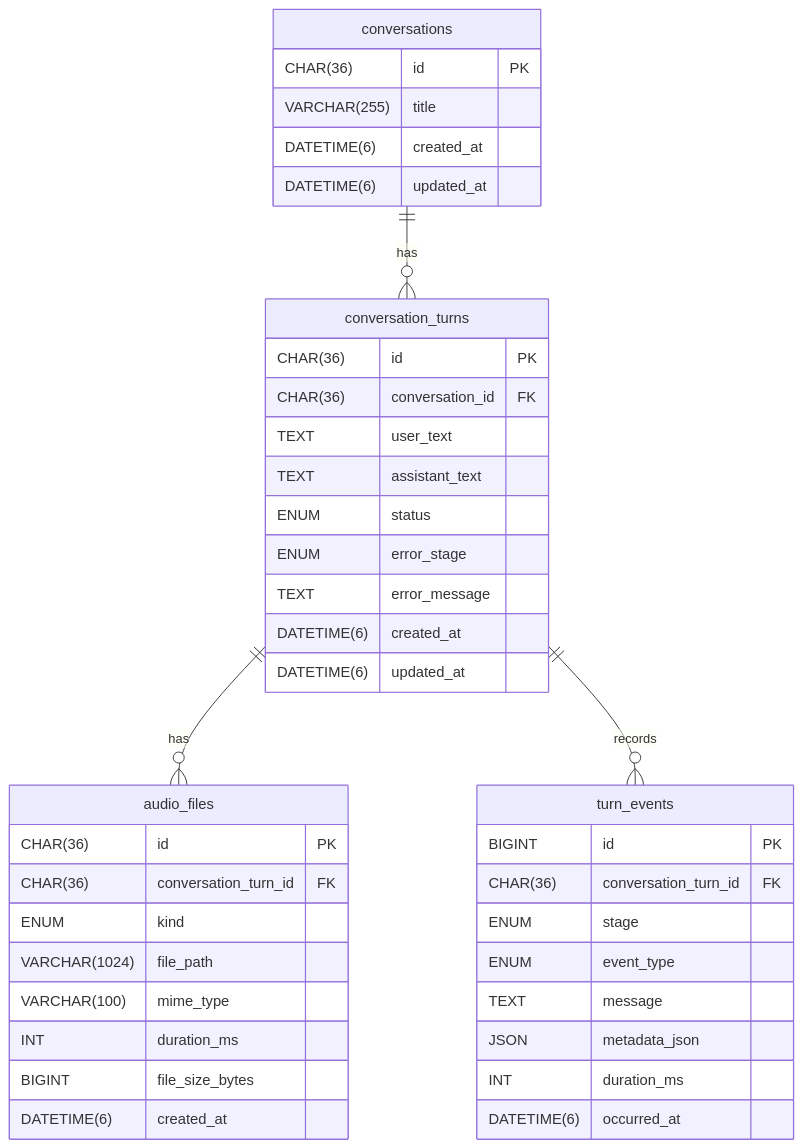
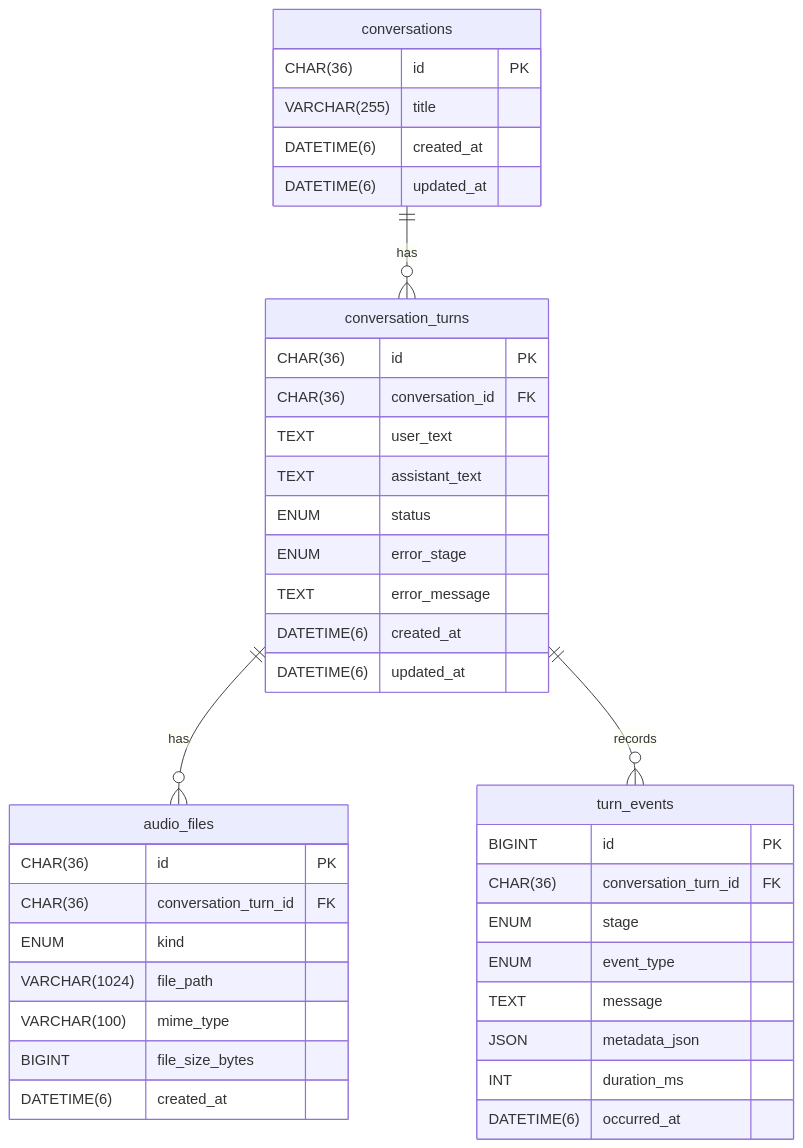
Before and after one commit to kinoyoupy/STSApp: the third of 3 diagrams in STSsys_Document.md, drawn with Mermaid. The commit also changed other lines of this file and 5 other files, not shown here.

````diff
--- a/STSsys_Document.md
+++ b/STSsys_Document.md
@@ -308,47 +308,46 @@
 ```mermaid
 erDiagram
     conversations ||--o{ conversation_turns : has
     conversation_turns ||--o{ audio_files : has
     conversation_turns ||--o{ turn_events : records
 
     conversations {
         CHAR(36) id PK
         VARCHAR(255) title
         DATETIME(6) created_at
         DATETIME(6) updated_at
     }
 
     conversation_turns {
         CHAR(36) id PK
         CHAR(36) conversation_id FK
         TEXT user_text
         TEXT assistant_text
         ENUM status
         ENUM error_stage
         TEXT error_message
         DATETIME(6) created_at
         DATETIME(6) updated_at
     }
 
     audio_files {
         CHAR(36) id PK
         CHAR(36) conversation_turn_id FK
         ENUM kind
         VARCHAR(1024) file_path
         VARCHAR(100) mime_type
-        INT duration_ms
         BIGINT file_size_bytes
         DATETIME(6) created_at
     }
 
     turn_events {
         BIGINT id PK
         CHAR(36) conversation_turn_id FK
         ENUM stage
         ENUM event_type
         TEXT message
         JSON metadata_json
         INT duration_ms
         DATETIME(6) occurred_at
     }
 ```
````
